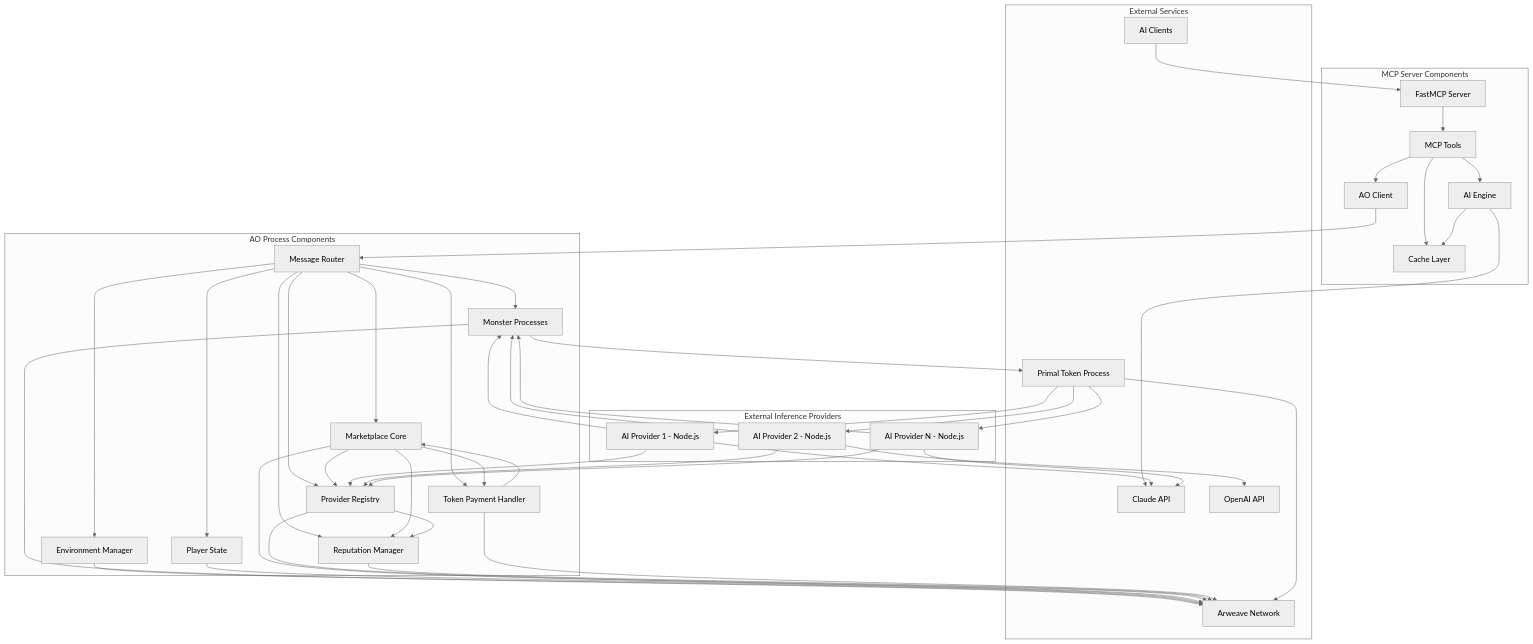
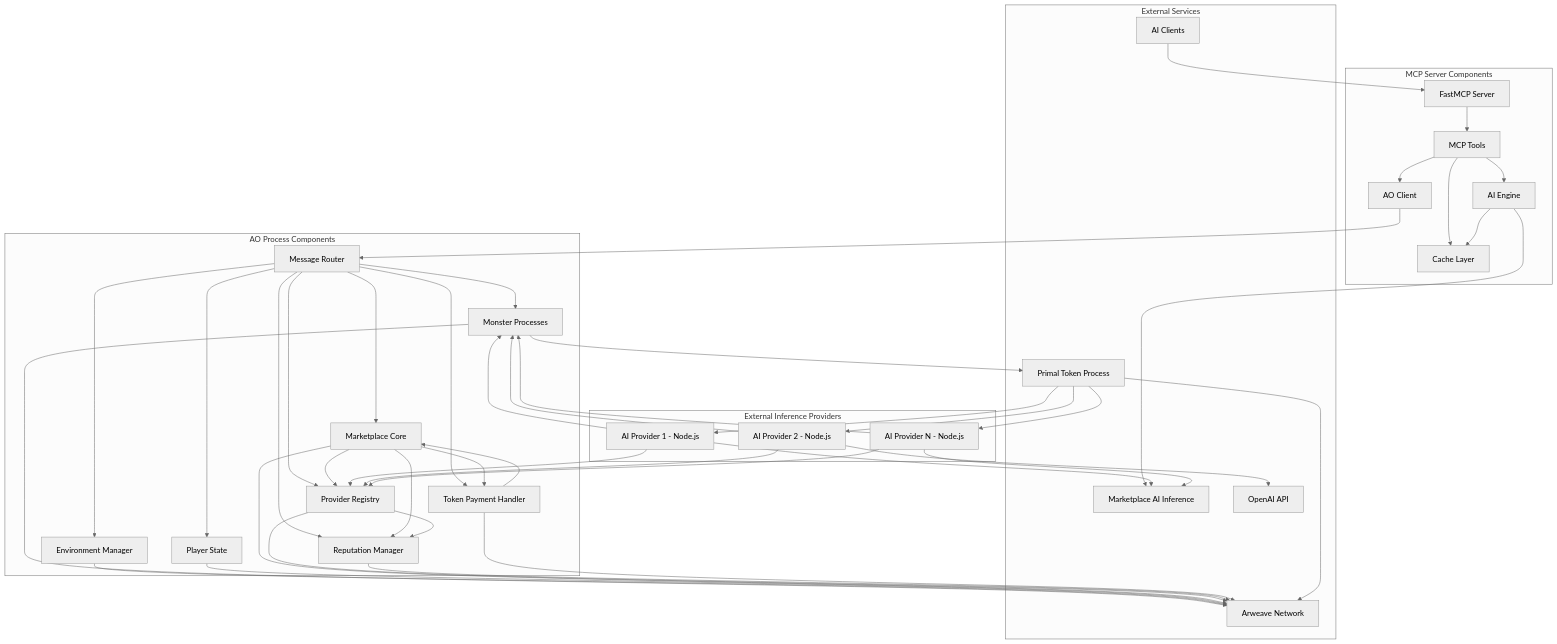
One commit to ALLiDoizCode/PrimalCode changed the second of 7 diagrams in Docs/architecture.md. Above: the diagram before and after it, drawn with Mermaid (neutral theme). The commit also changed other lines of this file and 85 other files, not shown here.

First line of the commit message:
Align documentation and implementation with marketplace architecture

```diff
--- a/Docs/architecture.md
+++ b/Docs/architecture.md
@@ -1052,7 +1052,7 @@
     end
     
     subgraph "External Services"
-        CLAUDE[Claude API]
+        CLAUDE[Marketplace AI Inference]
         OPENAI[OpenAI API]
         ARWEAVE[Arweave Network]
         CLIENTS[AI Clients]
```
